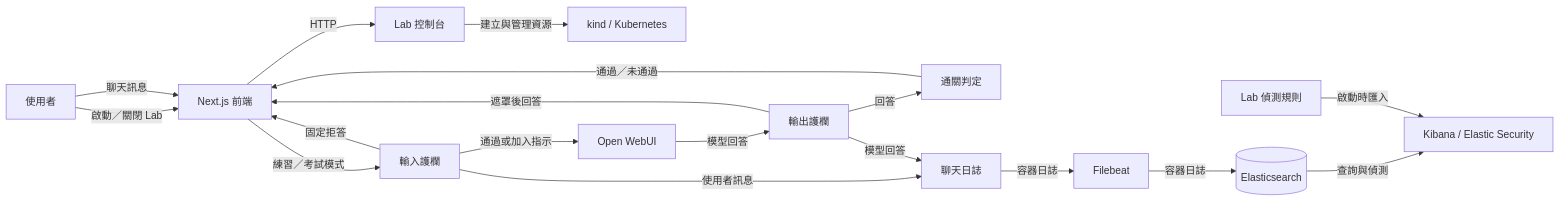
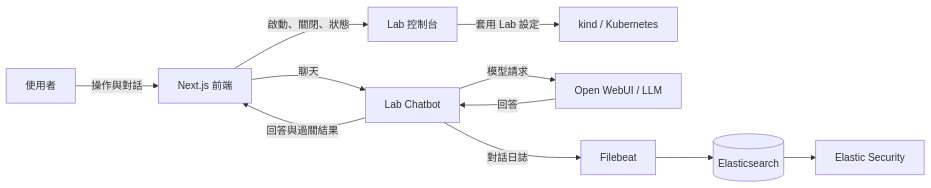
The diagram in README.md (nora6633/ai-security-prlab), drawn with Mermaid before and after one commit. The commit also changed other lines of this file and 1 other file, not shown here.

Commit message:
Separate platform and Lab01 documentation

````diff
--- a/README.md
+++ b/README.md
@@ -7,20 +7,13 @@
 ```mermaid
 flowchart LR
-    U[使用者] -->|啟動／關閉 Lab| UI[Next.js 前端]
-    UI -->|HTTP| CT[Lab 控制台]
-    CT -->|建立與管理資源| K8S["kind / Kubernetes"]
-    U -->|聊天訊息| UI
-    UI -->|練習／考試模式| IN[輸入護欄]
-    IN -->|通過或加入指示| GW[Open WebUI]
-    GW -->|模型回答| OUT[輸出護欄]
-    IN -->|固定拒答| UI
-    OUT -->|遮罩後回答| UI
-    OUT -->|回答| J[通關判定]
-    J -->|通過／未通過| UI
-    IN -->|使用者訊息| LOG[聊天日誌]
-    OUT -->|模型回答| LOG
-    LOG -->|容器日誌| FB[Filebeat]
-    FB -->|容器日誌| ES[(Elasticsearch)]
-    ES -->|查詢與偵測| KB[Kibana / Elastic Security]
-    R["Lab 偵測規則"] -->|啟動時匯入| KB
+    U[使用者] -->|操作與對話| UI[Next.js 前端]
+    UI -->|啟動、關閉、狀態| C[Lab 控制台]
+    C -->|套用 Lab 設定| K["kind / Kubernetes"]
+    UI -->|聊天| B[Lab Chatbot]
+    B -->|模型請求| O[Open WebUI / LLM]
+    O -->|回答| B
+    B -->|回答與過關結果| UI
+    B -->|對話日誌| F[Filebeat]
+    F --> E[(Elasticsearch)]
+    E --> S[Elastic Security]
 ```
````
